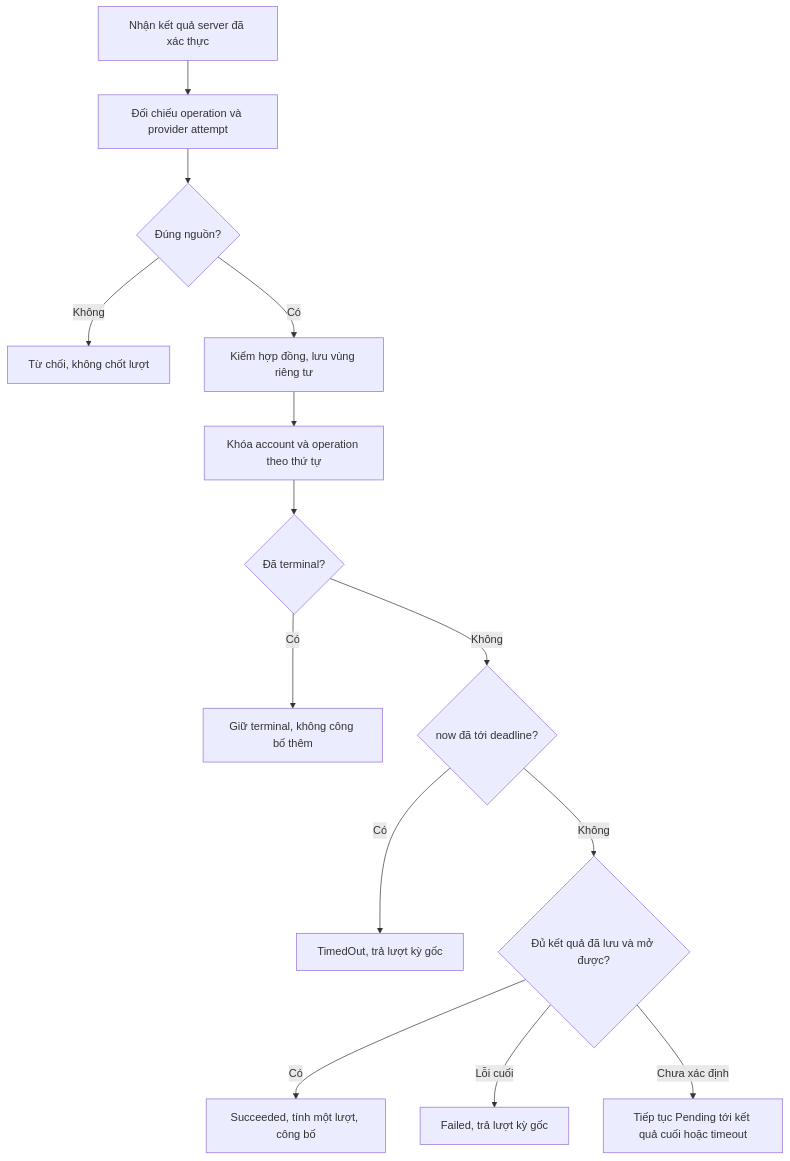
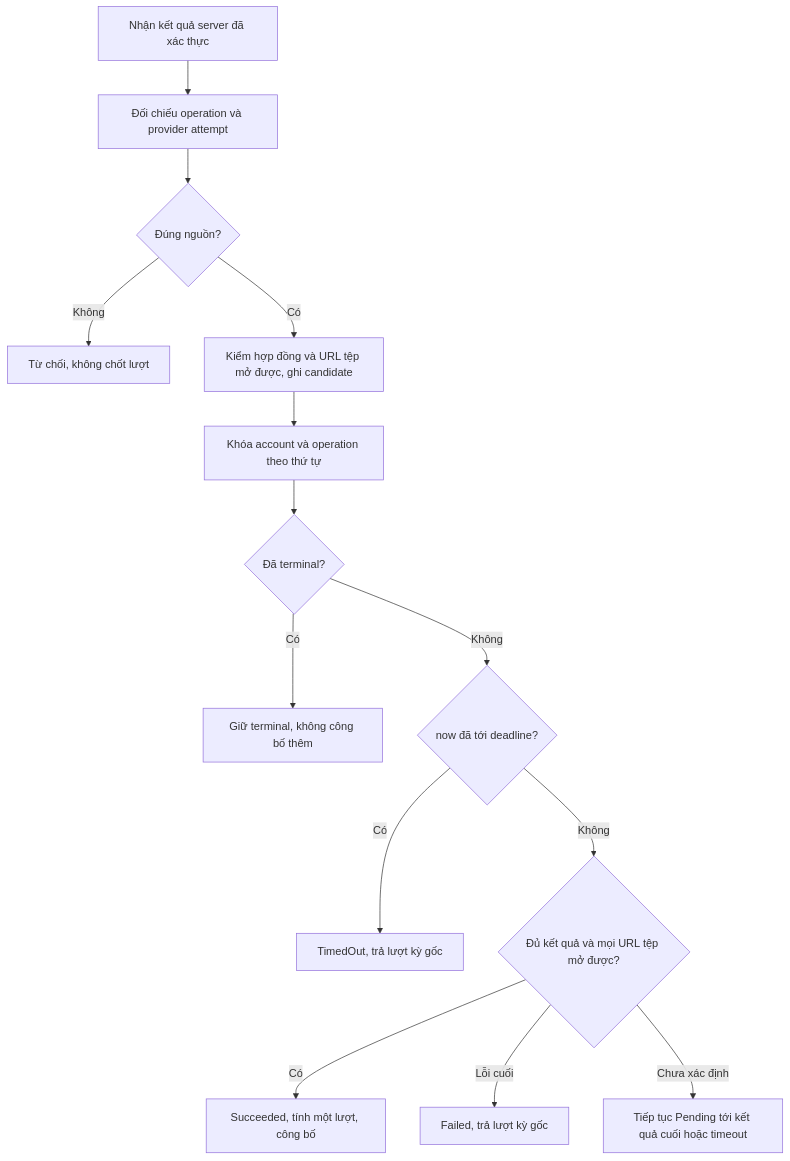
One commit to TaskCoper/bmt-documentation changed the third of 5 diagrams in tdd/TDD-PROJ-002.md. Above: the diagram before and after it, drawn with Mermaid. The commit also changed other lines of this file and 25 other files, not shown here.

First line of the commit message:
docs: trả nợ tài liệu sau đợt 2 (CSRF, lưu URL cho PROJ/LIB, SUB, RBAC, PAY)

````diff
--- a/tdd/TDD-PROJ-002.md
+++ b/tdd/TDD-PROJ-002.md
@@ -151,16 +168,16 @@
 ```mermaid
 flowchart TD
     A[Nhận kết quả server đã xác thực] --> B[Đối chiếu operation và provider attempt]
     B --> C{Đúng nguồn?}
     C -->|Không| X[Từ chối, không chốt lượt]
-    C -->|Có| D[Kiểm hợp đồng, lưu vùng riêng tư]
+    C -->|Có| D[Kiểm hợp đồng và URL tệp mở được, ghi candidate]
     D --> E[Khóa account và operation theo thứ tự]
     E --> F{Đã terminal?}
     F -->|Có| G[Giữ terminal, không công bố thêm]
     F -->|Không| H{now đã tới deadline?}
     H -->|Có| I[TimedOut, trả lượt kỳ gốc]
-    H -->|Không| J{Đủ kết quả đã lưu và mở được?}
+    H -->|Không| J{Đủ kết quả và mọi URL tệp mở được?}
     J -->|Có| K[Succeeded, tính một lượt, công bố]
     J -->|Lỗi cuối| L[Failed, trả lượt kỳ gốc]
     J -->|Chưa xác định| M[Tiếp tục Pending tới kết quả cuối hoặc timeout]
 ```
````
